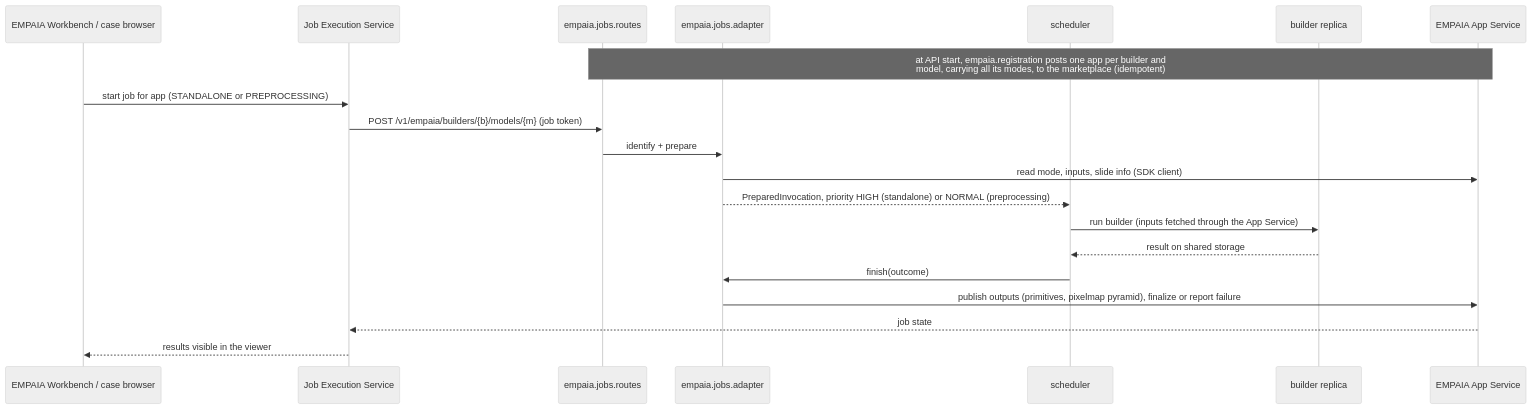
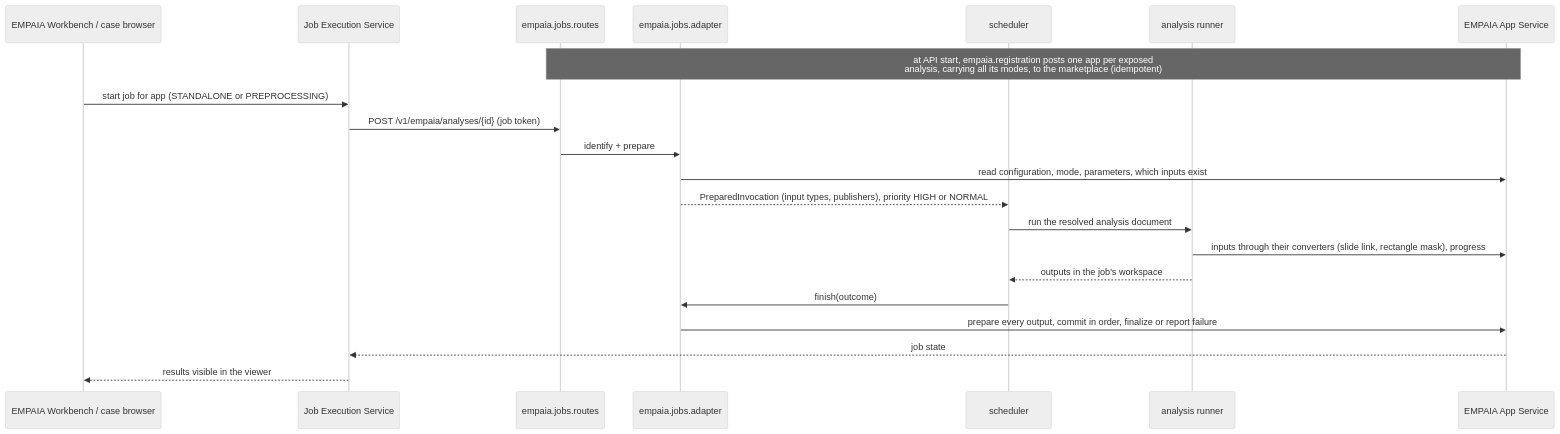
One commit to stefanpeknik/model-service changed the diagram in docs/architecture/empaia.md. Above: the diagram before and after it, drawn with Mermaid (neutral theme). The commit also changed other lines of this file and 5 other files, not shown here.

Commit message:
docs: EMPAIA apps come from analyses' expose.empaia

````diff
--- a/docs/architecture/empaia.md
+++ b/docs/architecture/empaia.md
@@ -9,23 +10,24 @@
 ```mermaid
 sequenceDiagram
   participant WD as EMPAIA Workbench / case browser
   participant JES as Job Execution Service
   participant R as empaia.jobs.routes
   participant A as empaia.jobs.adapter
   participant S as scheduler
-  participant B as builder replica
+  participant N as analysis runner
   participant AS as EMPAIA App Service
 
-  Note over R,AS: at API start, empaia.registration posts one app per builder and<br/>model, carrying all its modes, to the marketplace (idempotent)
+  Note over R,AS: at API start, empaia.registration posts one app per exposed<br/>analysis, carrying all its modes, to the marketplace (idempotent)
   WD->>JES: start job for app (STANDALONE or PREPROCESSING)
-  JES->>R: POST /v1/empaia/builders/{b}/models/{m} (job token)
+  JES->>R: POST /v1/empaia/analyses/{id} (job token)
   R->>A: identify + prepare
-  A->>AS: read mode, inputs, slide info (SDK client)
-  A-->>S: PreparedInvocation, priority HIGH (standalone) or NORMAL (preprocessing)
-  S->>B: run builder (inputs fetched through the App Service)
-  B-->>S: result on shared storage
+  A->>AS: read configuration, mode, parameters, which inputs exist
+  A-->>S: PreparedInvocation (input types, publishers), priority HIGH or NORMAL
+  S->>N: run the resolved analysis document
+  N->>AS: inputs through their converters (slide link, rectangle mask), progress
+  N-->>S: outputs in the job's workspace
   S->>A: finish(outcome)
-  A->>AS: publish outputs (primitives, pixelmap pyramid), finalize or report failure
+  A->>AS: prepare every output, commit in order, finalize or report failure
   AS-->>JES: job state
   JES-->>WD: results visible in the viewer
 ```
````
